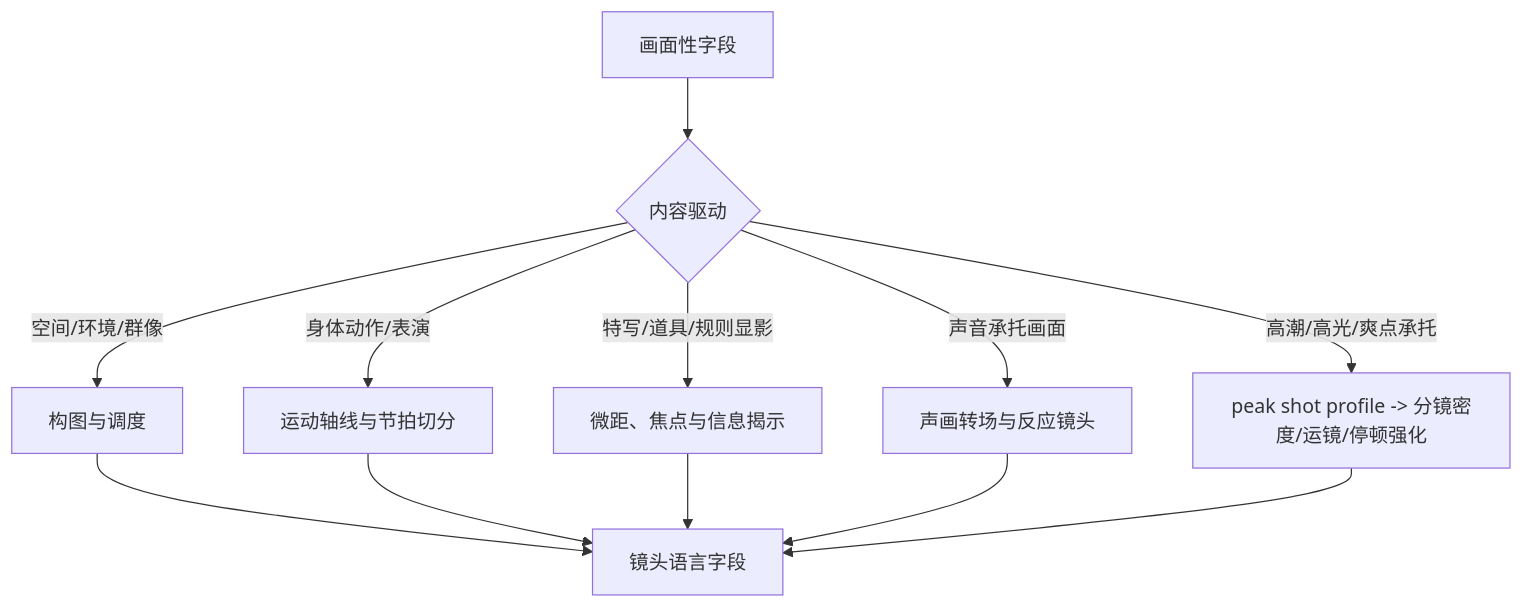
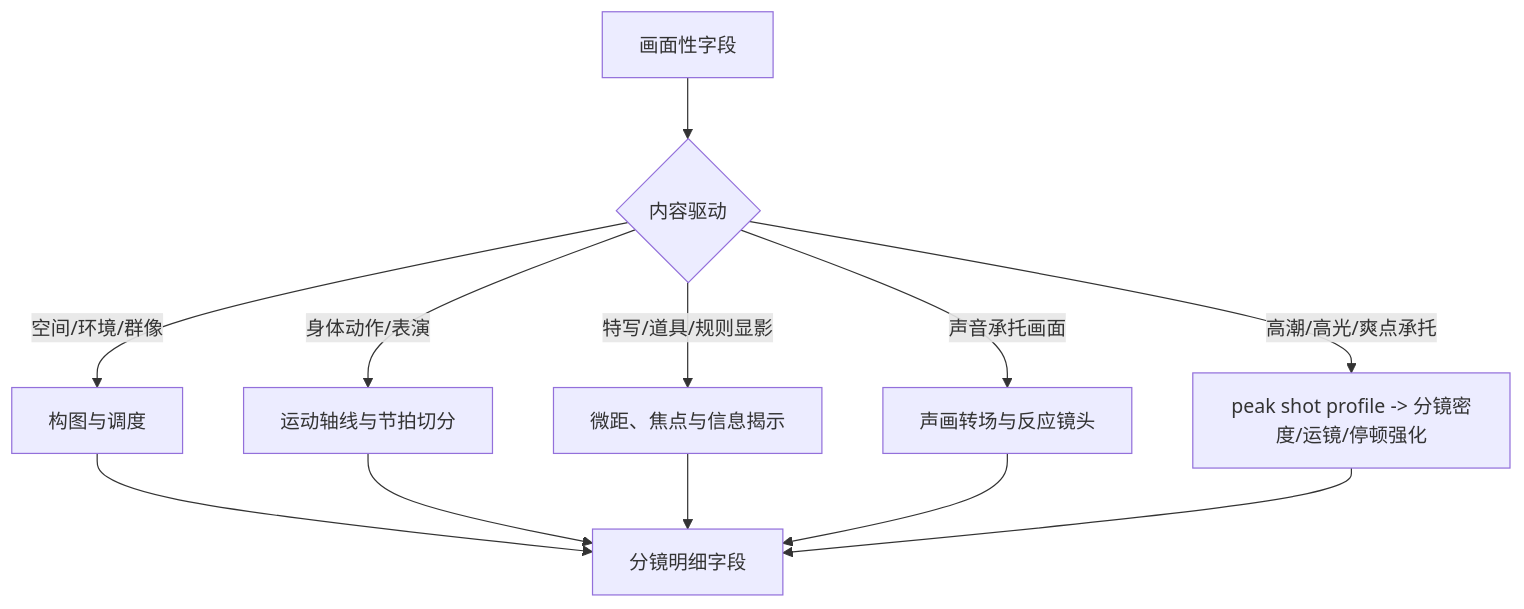
Before and after one commit to ZEN-VOID/AI-CUT: the second of 2 diagrams in .agents/skills/aigc/3-摄影/SKILL.md, drawn with Mermaid. The commit also changed other lines of this file and 173 other files, not shown here.

````diff
--- a/.agents/skills/aigc/3-摄影/SKILL.md
+++ b/.agents/skills/aigc/3-摄影/SKILL.md
@@ -125,14 +128,14 @@
 ```mermaid
 flowchart TD
     A["画面性字段"] --> B{"内容驱动"}
     B -->|"空间/环境/群像"| C["构图与调度"]
     B -->|"身体动作/表演"| D["运动轴线与节拍切分"]
     B -->|"特写/道具/规则显影"| E["微距、焦点与信息揭示"]
     B -->|"声音承托画面"| F["声画转场与反应镜头"]
     B -->|"高潮/高光/爽点承托"| H["peak shot profile -> 分镜密度/运镜/停顿强化"]
-    C --> G["镜头语言字段"]
+    C --> G["分镜明细字段"]
     D --> G
     E --> G
     F --> G
     H --> G
 ```
````
